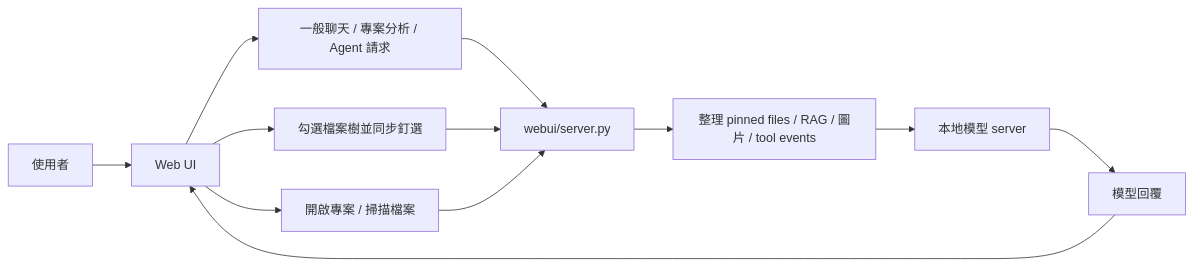
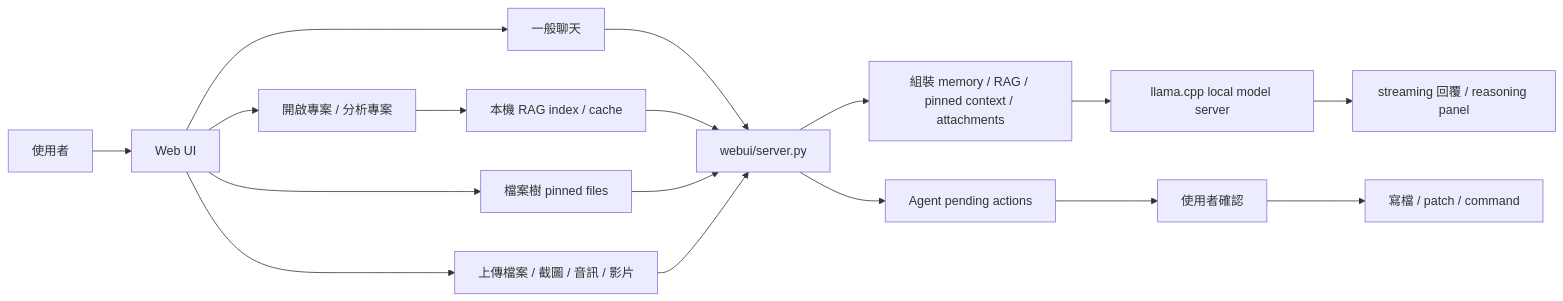
One commit to Lzxpan/CodeWorker changed the diagram in README.md. Above: the diagram before and after it, drawn with Mermaid. The commit also changed other lines of this file and 2 other files, not shown here.

````diff
--- a/README.md
+++ b/README.md
@@ -156,14 +164,19 @@
 ```mermaid
 flowchart LR
     U["使用者"] --> W["Web UI"]
-    W --> O["開啟專案 / 掃描檔案"]
-    W --> P["勾選檔案樹並同步釘選"]
-    W --> C["一般聊天 / 專案分析 / Agent 請求"]
-    C --> S["webui/server.py"]
+    W --> G["一般聊天"]
+    W --> O["開啟專案 / 分析專案"]
+    O --> I["本機 RAG index / cache"]
+    W --> P["檔案樹 pinned files"]
+    W --> F["上傳檔案 / 截圖 / 音訊 / 影片"]
+    G --> S["webui/server.py"]
+    I --> S
     P --> S
-    O --> S
-    S --> X["整理 pinned files / RAG / 圖片 / tool events"]
-    X --> M["本地模型 server"]
-    M --> R["模型回覆"]
-    R --> W
+    F --> S
+    S --> C["組裝 memory / RAG / pinned context / attachments"]
+    C --> M["llama.cpp local model server"]
+    M --> R["streaming 回覆 / reasoning panel"]
+    S --> A["Agent pending actions"]
+    A --> Q["使用者確認"]
+    Q --> T["寫檔 / patch / command"]
 ```
````
